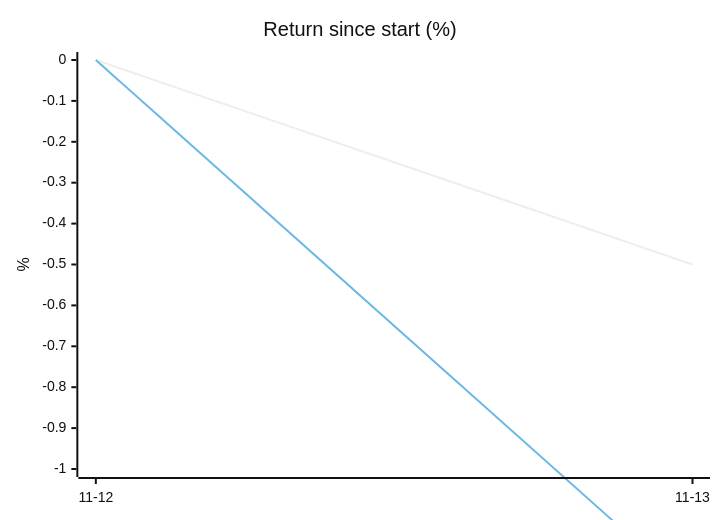
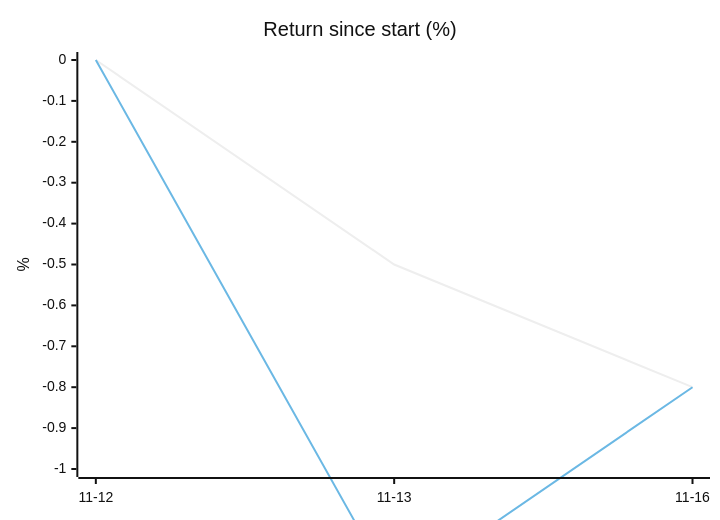
The diagram in 06 - One-Month Trial.md (owlpowell50-creator/trading-bot), drawn with Mermaid (neutral theme) before and after one commit. The commit also changed other lines of this file and 13 other files, not shown here.

````diff
--- a/06 - One-Month Trial.md
+++ b/06 - One-Month Trial.md
@@ -30,8 +31,8 @@
 ```mermaid
 xychart-beta
     title "Return since start (%)"
-    x-axis ["11-12", "11-13"]
+    x-axis ["11-12", "11-13", "11-16"]
     y-axis "%" -1 --> 0
-    line [-0.0, -0.5]
-    line [0.0, -1.3]
+    line [-0.0, -0.5, -0.8]
+    line [0.0, -1.3, -0.8]
 ```
````
